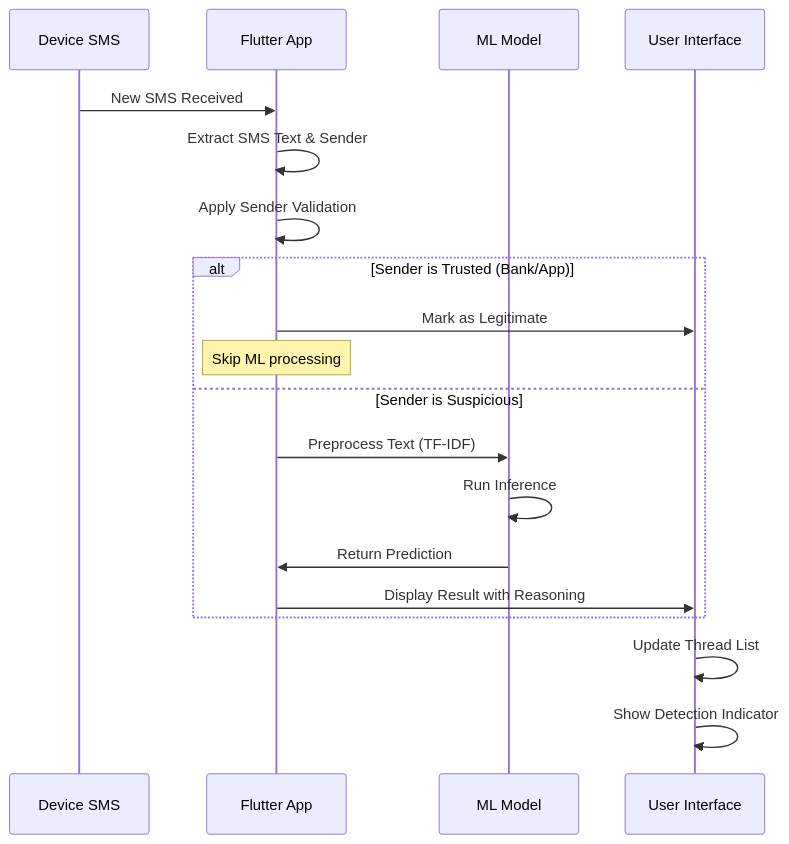
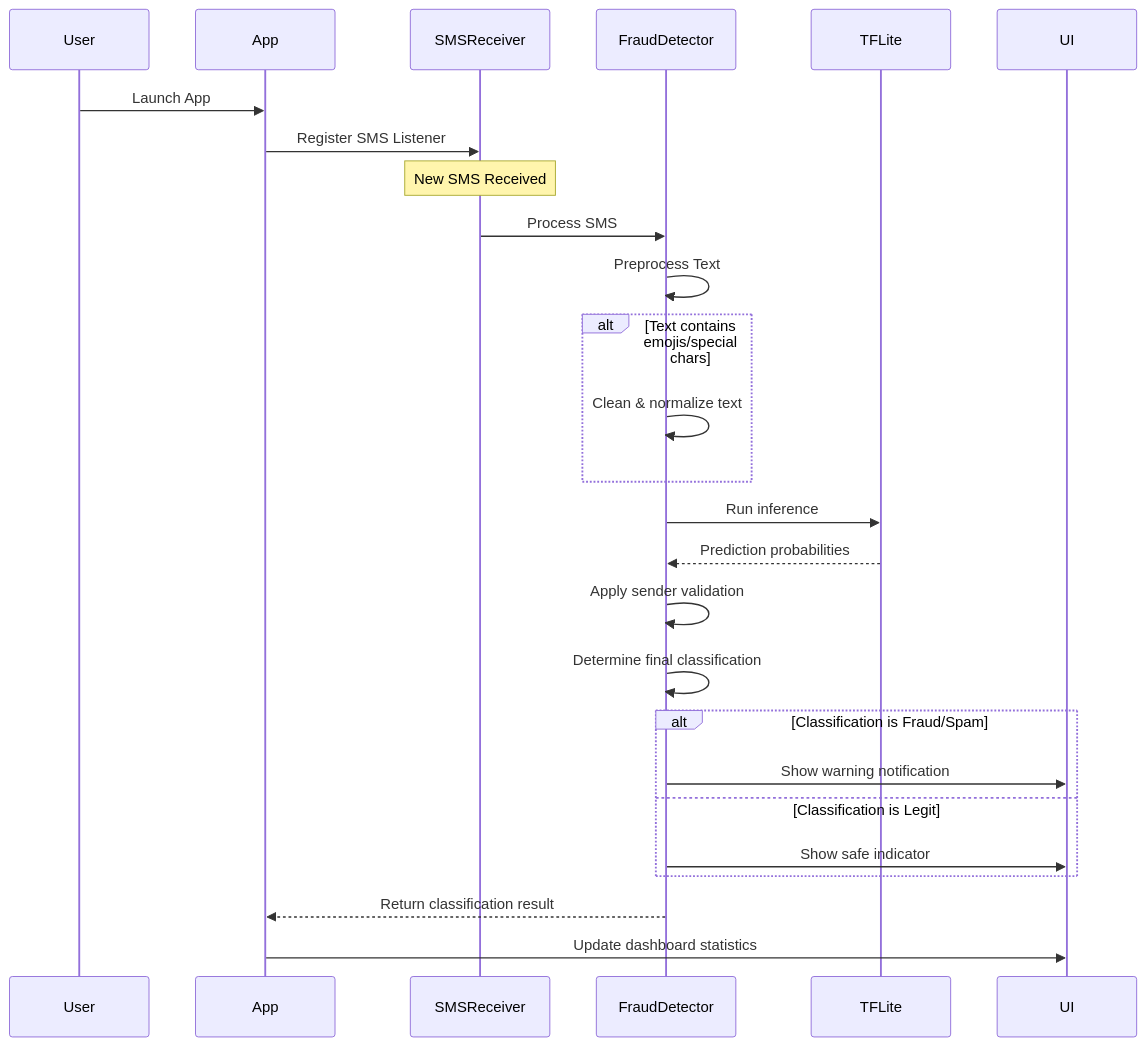
One commit to iDhanushp/-Smart-Detection-of-Malicious-SMS changed the first of 2 diagrams in PROJECT_DOCUMENTATION.md. Above: the diagram before and after it, drawn with Mermaid. The commit also changed other lines of this file and 132 other files, not shown here.

````diff
--- a/PROJECT_DOCUMENTATION.md
+++ b/PROJECT_DOCUMENTATION.md
@@ -32,24 +15,35 @@
 ```mermaid
 sequenceDiagram
-    participant Device as Device SMS
-    participant App as Flutter App
-    participant ML as ML Model
-    participant UI as User Interface
+    participant User
+    participant App
+    participant SMSReceiver
+    participant FraudDetector
+    participant TFLite
+    participant UI
     
-    Device->>App: New SMS Received
-    App->>App: Extract SMS Text & Sender
-    App->>App: Apply Sender Validation
+    User->>App: Launch App
+    App->>SMSReceiver: Register SMS Listener
     
-    alt Sender is Trusted (Bank/App)
-        App->>UI: Mark as Legitimate
-        Note over App: Skip ML processing
-    else Sender is Suspicious
-        App->>ML: Preprocess Text (TF-IDF)
-        ML->>ML: Run Inference
-        ML->>App: Return Prediction
-        App->>UI: Display Result with Reasoning
+    Note over SMSReceiver: New SMS Received
+    SMSReceiver->>FraudDetector: Process SMS
+    FraudDetector->>FraudDetector: Preprocess Text
+    
+    alt Text contains emojis/special chars
+        FraudDetector->>FraudDetector: Clean & normalize text
     end
     
-    UI->>UI: Update Thread List
-    UI->>UI: Show Detection Indicator
+    FraudDetector->>TFLite: Run inference
+    TFLite-->>FraudDetector: Prediction probabilities
+    
+    FraudDetector->>FraudDetector: Apply sender validation
+    FraudDetector->>FraudDetector: Determine final classification
+    
+    alt Classification is Fraud/Spam
+        FraudDetector->>UI: Show warning notification
+    else Classification is Legit
+        FraudDetector->>UI: Show safe indicator
+    end
+    
+    FraudDetector-->>App: Return classification result
+    App->>UI: Update dashboard statistics
 ```
````
